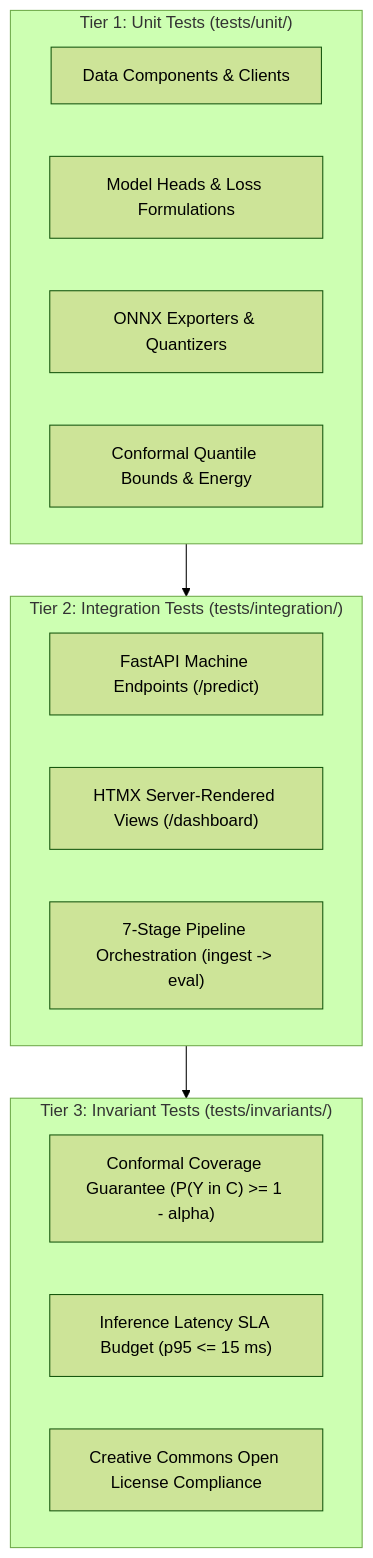
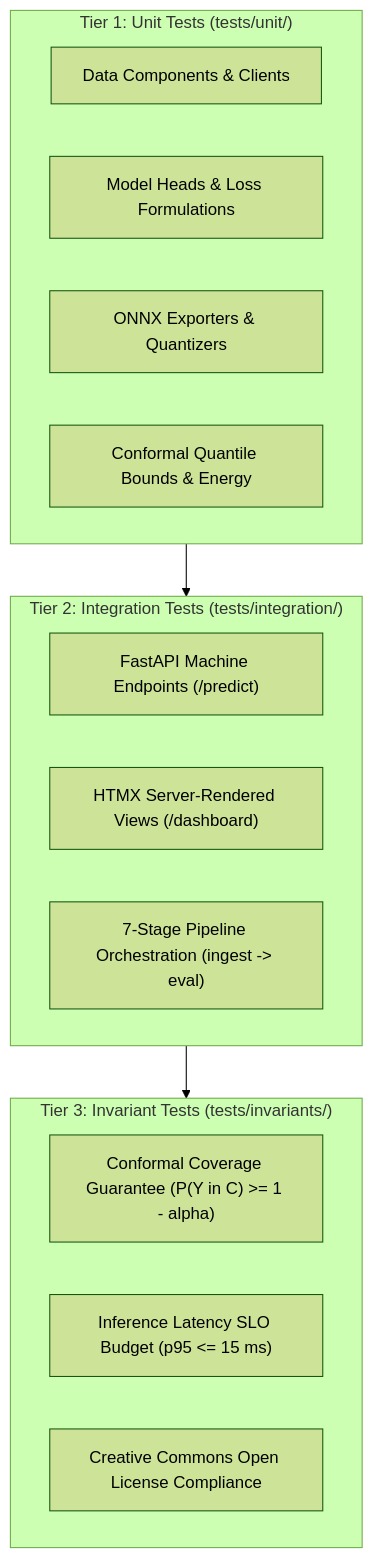
The second of 2 diagrams in docs/operations/agentic_governance_and_okf.md (foersben/taxon-vision-mlops), drawn with Mermaid (forest theme) before and after one commit. The commit also changed other lines of this file and 52 other files, not shown here.

First line of the commit message:
refactor(governance): adjust SLA nomenclature to Service Level Objective (SLO) across codebase

````diff
--- a/docs/operations/agentic_governance_and_okf.md
+++ b/docs/operations/agentic_governance_and_okf.md
@@ -200,23 +200,23 @@
 ```mermaid
 flowchart TD
     subgraph T1["Tier 1: Unit Tests (tests/unit/)"]
         U1["Data Components & Clients"]
         U2["Model Heads & Loss Formulations"]
         U3["ONNX Exporters & Quantizers"]
         U4["Conformal Quantile Bounds & Energy"]
     end
 
     subgraph T2["Tier 2: Integration Tests (tests/integration/)"]
         I1["FastAPI Machine Endpoints (/predict)"]
         I2["HTMX Server-Rendered Views (/dashboard)"]
         I3["7-Stage Pipeline Orchestration (ingest -> eval)"]
     end
 
     subgraph T3["Tier 3: Invariant Tests (tests/invariants/)"]
         N1["Conformal Coverage Guarantee (P(Y in C) >= 1 - alpha)"]
-        N2["Inference Latency SLA Budget (p95 <= 15 ms)"]
+        N2["Inference Latency SLO Budget (p95 <= 15 ms)"]
         N3["Creative Commons Open License Compliance"]
     end
 
     T1 --> T2 --> T3
 ```
````
